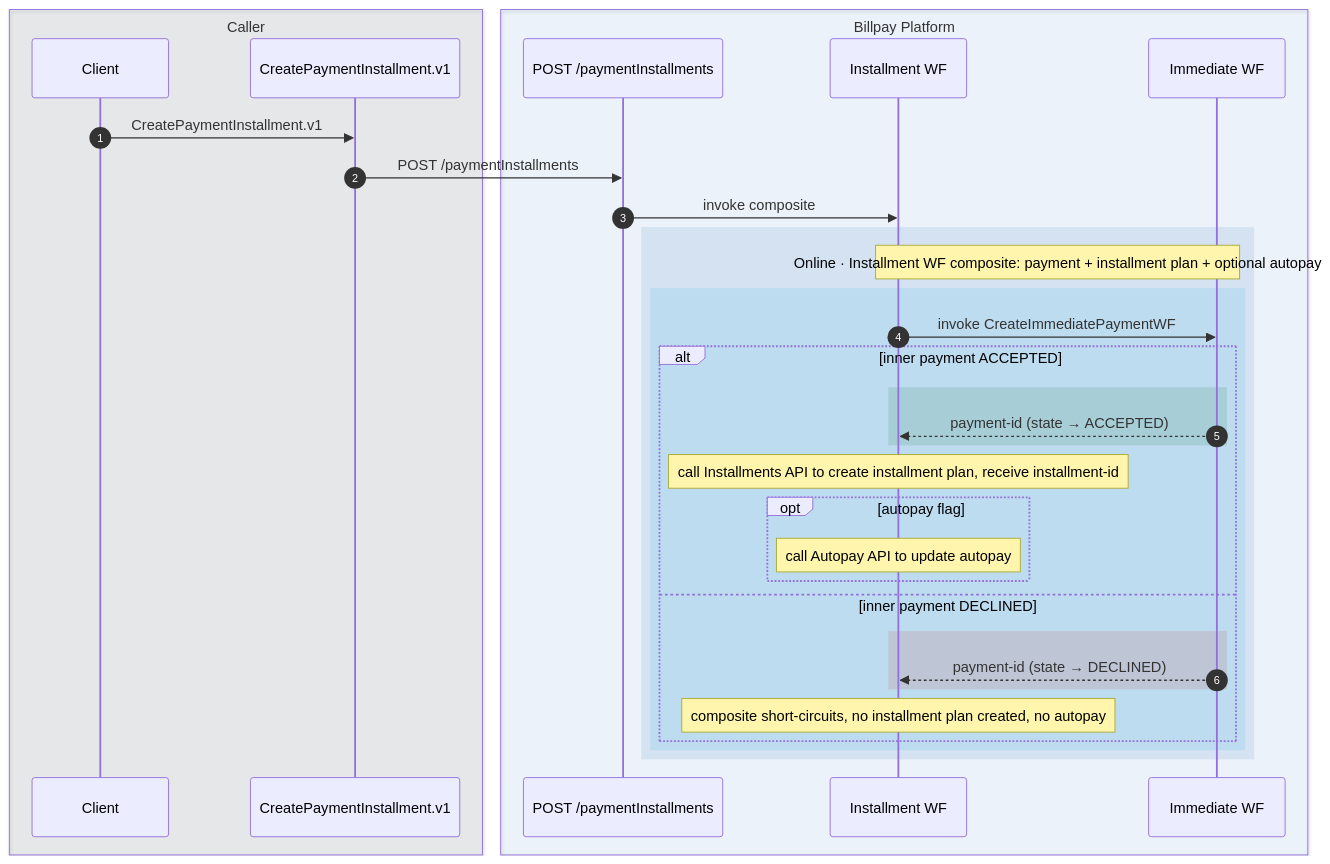
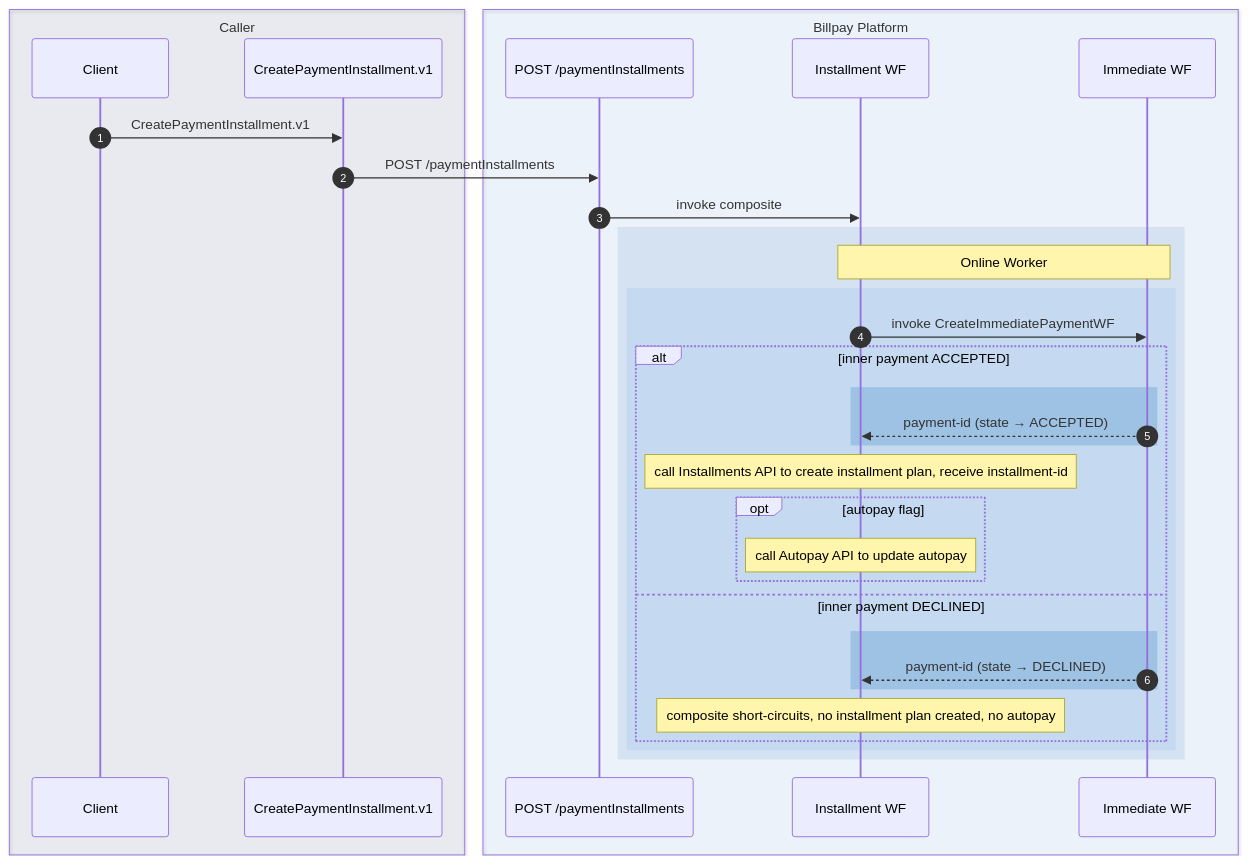
One commit to arunav-bhattacharya/billpay-book changed diagram 12 of 12 in website/docs/design/diagrams/sequence-diagram.md. Above: the diagram before and after it, drawn with Mermaid. The commit also changed other lines of this file and 63 other files, not shown here.

First line of the commit message:
Redraw the sequence diagrams in Amex blue, and make them readable

````diff
--- a/website/docs/design/diagrams/sequence-diagram.md
+++ b/website/docs/design/diagrams/sequence-diagram.md
@@ -741,41 +859,49 @@
 ```mermaid
+---
+# Sans, not the site's mono: it reads better at this size and lays out about
+# 20% narrower. It has to be declared per diagram because Mermaid's global
+# fontFamily is mono for the state diagrams and overrides sequence.*FontFamily.
+config:
+  fontFamily: "BentonSansUI, Helvetica, Arial, sans-serif"
+  fontSize: 15
+---
 sequenceDiagram
   autonumber
 
-  box rgba(111,124,143,0.12) Caller
+  box rgba(0,23,90,0.07) Caller
     participant C as Client
     participant ODF as CreatePaymentInstallment.v1
   end
 
   box rgba(1,111,208,0.06) Billpay Platform
     participant API as POST /paymentInstallments
     participant CWF as Installment WF
     participant CIP as Immediate WF
   end
 
   C->>ODF: CreatePaymentInstallment.v1
   ODF->>API: POST /paymentInstallments
   API->>CWF: invoke composite
 
   rect rgba(1,91,179,0.10)
-    Note over CWF,CIP: Online · Installment WF composite: payment + installment plan + optional autopay
+    Note over CWF,CIP: Online Worker
 
-    rect rgba(0,163,224,0.10)
+    rect rgba(96,165,224,0.13)
       CWF->>CIP: invoke CreateImmediatePaymentWF
       alt inner payment ACCEPTED
-        rect rgba(47,125,84,0.16)
+        rect rgba(0,98,182,0.20)
           CIP-->>CWF: payment-id (state → ACCEPTED)
         end
         Note over CWF: call Installments API to create installment plan, receive installment-id
         opt autopay flag
           Note over CWF: call Autopay API to update autopay
         end
       else inner payment DECLINED
-        rect rgba(192,57,43,0.14)
+        rect rgba(0,98,182,0.20)
           CIP-->>CWF: payment-id (state → DECLINED)
         end
         Note over CWF: composite short-circuits, no installment plan created, no autopay
       end
     end
   end
 ```
````
